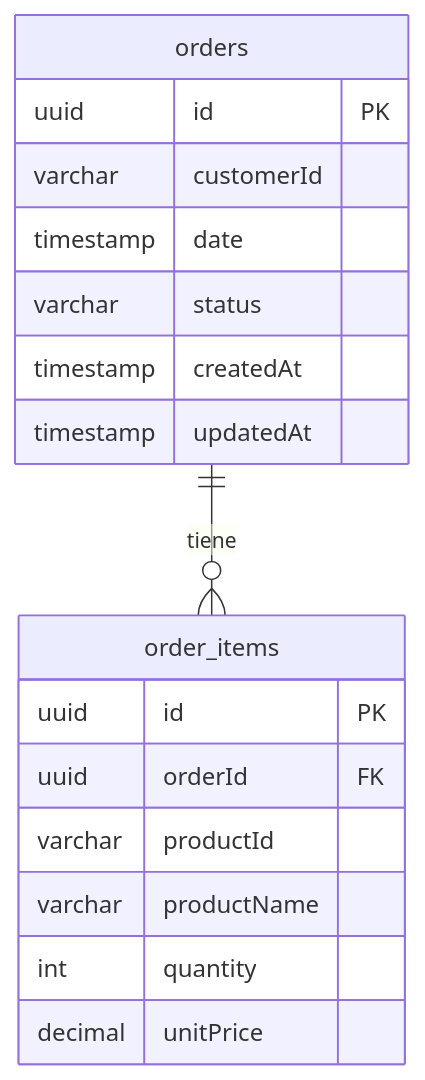
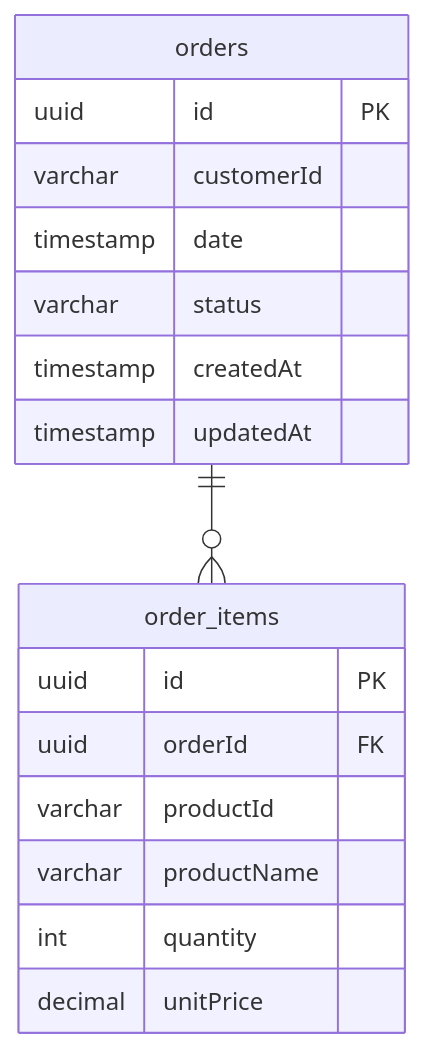
Before and after one commit to facundo1220/order-management-cqrs: the third of 5 diagrams in README.md, drawn with Mermaid. The commit also changed other lines of this file, not shown here.

````diff
--- a/README.md
+++ b/README.md
@@ -73,20 +142,20 @@
 ```mermaid
 erDiagram
     orders {
         uuid id PK
         varchar customerId
         timestamp date
         varchar status
         timestamp createdAt
         timestamp updatedAt
     }
     order_items {
         uuid id PK
         uuid orderId FK
         varchar productId
         varchar productName
         int quantity
         decimal unitPrice
     }
-    orders ||--o{ order_items : "tiene"
+    orders ||--o{ order_items : ""
 ```
````
